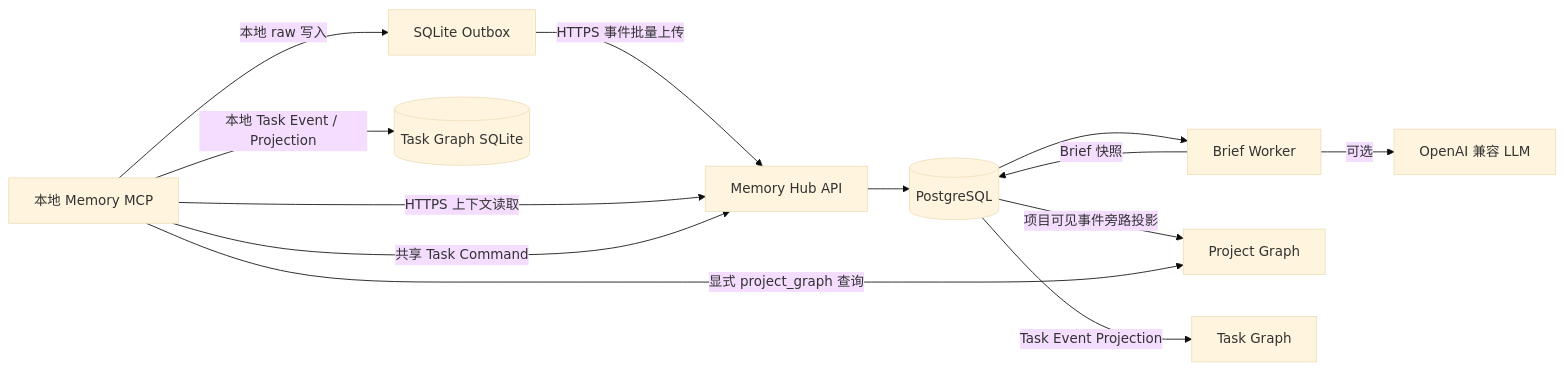
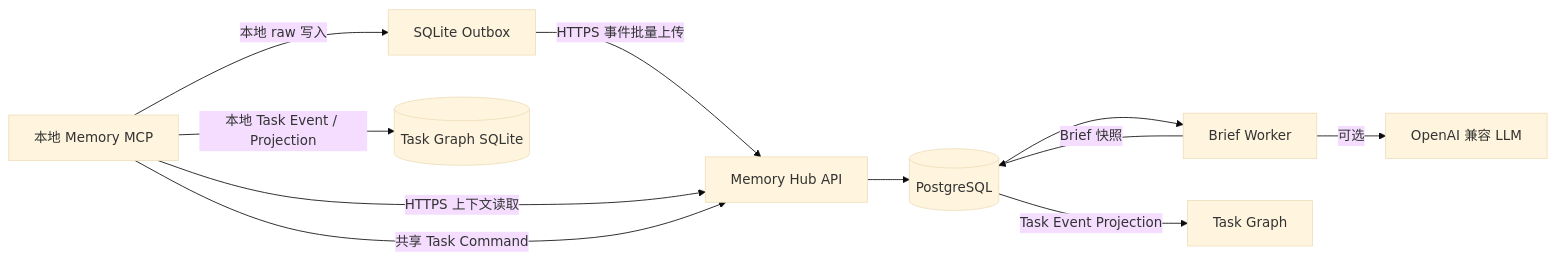
One commit to yangskin/Memory changed the diagram in memory_hub/DESIGN.md. Above: the diagram before and after it, drawn with Mermaid (base theme). The commit also changed other lines of this file and 55 other files, not shown here.

First line of the commit message:
Remove legacy Project Graph functionality and related tests

````diff
--- a/memory_hub/DESIGN.md
+++ b/memory_hub/DESIGN.md
@@ -20,22 +20,20 @@
 ```mermaid
 flowchart LR
     MCP[本地 Memory MCP]
     Outbox[SQLite Outbox]
     Hub[Memory Hub API]
     DB[(PostgreSQL)]
     Worker[Brief Worker]
     LLM[OpenAI 兼容 LLM]
 
     MCP -->|本地 raw 写入| Outbox
     Outbox -->|HTTPS 事件批量上传| Hub
     Hub --> DB
     DB --> Worker
     Worker -->|可选| LLM
     Worker -->|Brief 快照| DB
     MCP -->|HTTPS 上下文读取| Hub
-    DB -->|项目可见事件旁路投影| Graph[Project Graph]
-    MCP -->|显式 project_graph 查询| Graph
     MCP -->|本地 Task Event / Projection| LocalTask[(Task Graph SQLite)]
     MCP -->|共享 Task Command| Hub
     DB -->|Task Event Projection| TaskGraph[Task Graph]
 ```
````
